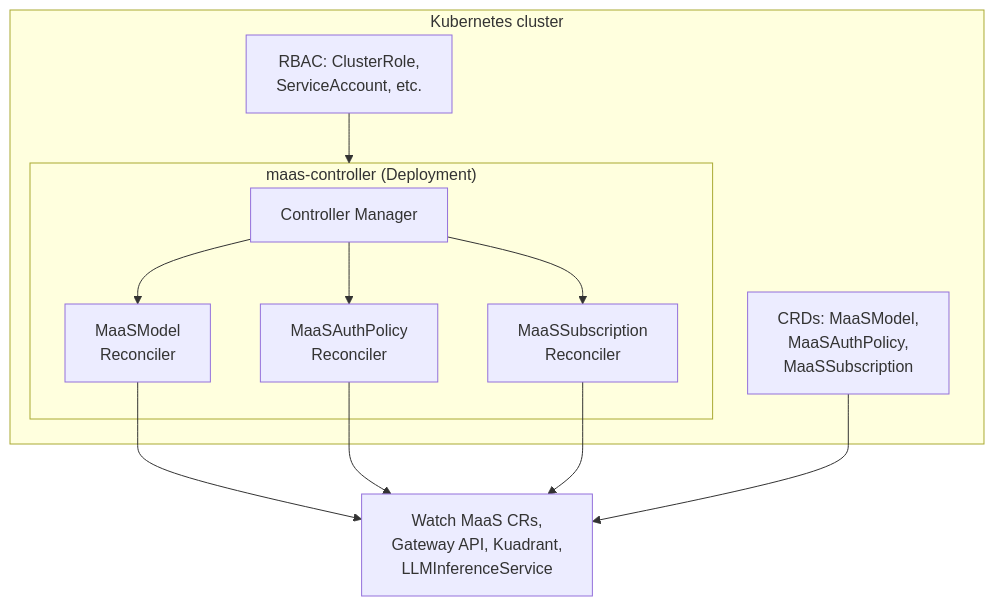
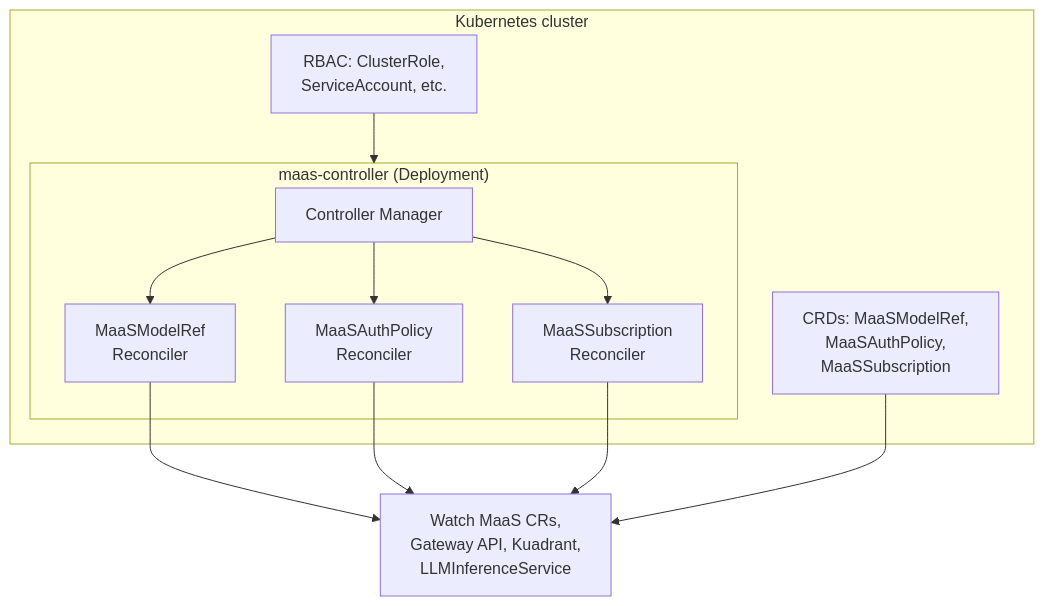
Before and after one commit to opendatahub-io/models-as-a-service: the fourth of 6 diagrams in docs/content/configuration-and-management/maas-controller-overview.md, drawn with Mermaid. The commit also changed other lines of this file and 44 other files, not shown here.

First line of the commit message:
Rename MaaSModel CRD to MaaSModelRef

````diff
--- a/docs/content/configuration-and-management/maas-controller-overview.md
+++ b/docs/content/configuration-and-management/maas-controller-overview.md
@@ -144,24 +144,24 @@
 ```mermaid
 flowchart TB
     subgraph Cluster["Kubernetes cluster"]
         subgraph maas_controller["maas-controller (Deployment)"]
             Manager["Controller Manager"]
-            ModelReconciler["MaaSModel\nReconciler"]
+            ModelReconciler["MaaSModelRef\nReconciler"]
             AuthReconciler["MaaSAuthPolicy\nReconciler"]
             SubReconciler["MaaSSubscription\nReconciler"]
         end
 
-        CRDs["CRDs: MaaSModel,\nMaaSAuthPolicy,\nMaaSSubscription"]
+        CRDs["CRDs: MaaSModelRef,\nMaaSAuthPolicy,\nMaaSSubscription"]
         RBAC["RBAC: ClusterRole,\nServiceAccount, etc."]
     end
 
     Watch["Watch MaaS CRs,\nGateway API, Kuadrant,\nLLMInferenceService"]
     Manager --> ModelReconciler
     Manager --> AuthReconciler
     Manager --> SubReconciler
     ModelReconciler --> Watch
     AuthReconciler --> Watch
     SubReconciler --> Watch
     CRDs --> Watch
     RBAC --> maas_controller
 ```
````
